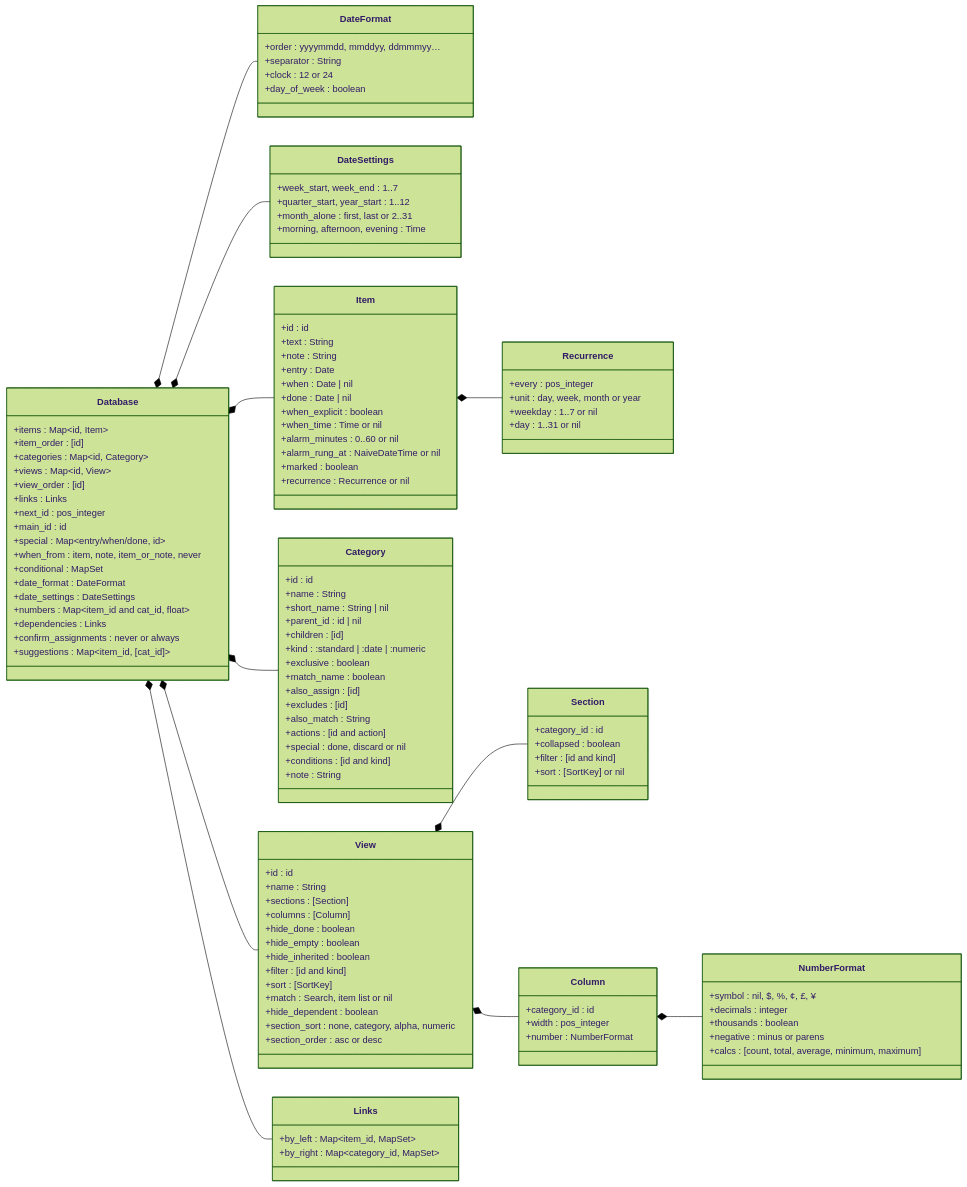
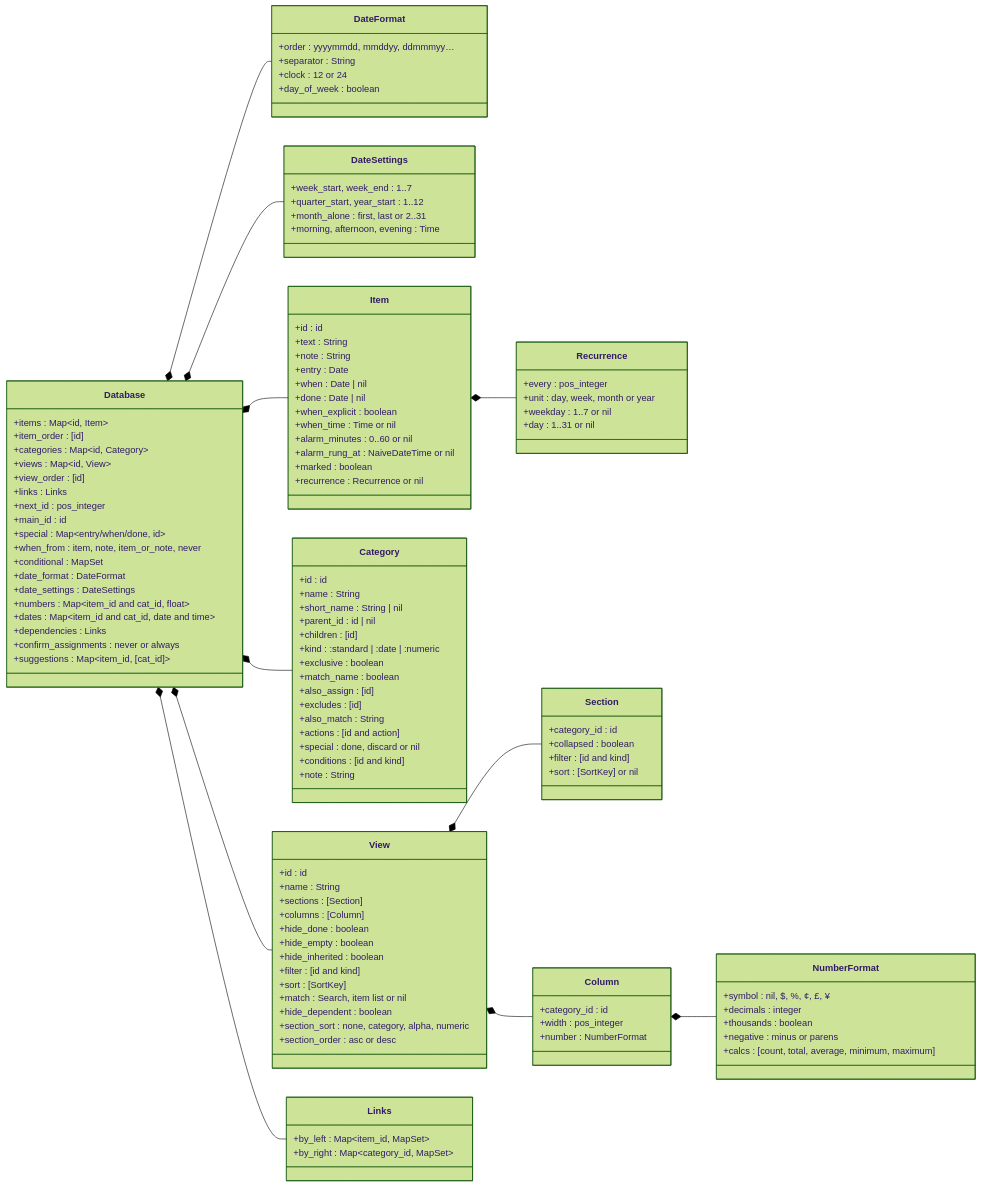
Before and after one commit to jamting/agendum: the second of 6 diagrams in docs/DATA_MODEL.md, drawn with Mermaid (forest theme). The commit also changed other lines of this file and 20 other files, not shown here.

```diff
--- a/docs/DATA_MODEL.md
+++ b/docs/DATA_MODEL.md
@@ -124,6 +125,7 @@
         +date_format : DateFormat
         +date_settings : DateSettings
         +numbers : Map~item_id and cat_id, float~
+        +dates : Map~item_id and cat_id, date and time~
         +dependencies : Links
         +confirm_assignments : never or always
         +suggestions : Map~item_id, [cat_id]~
```
